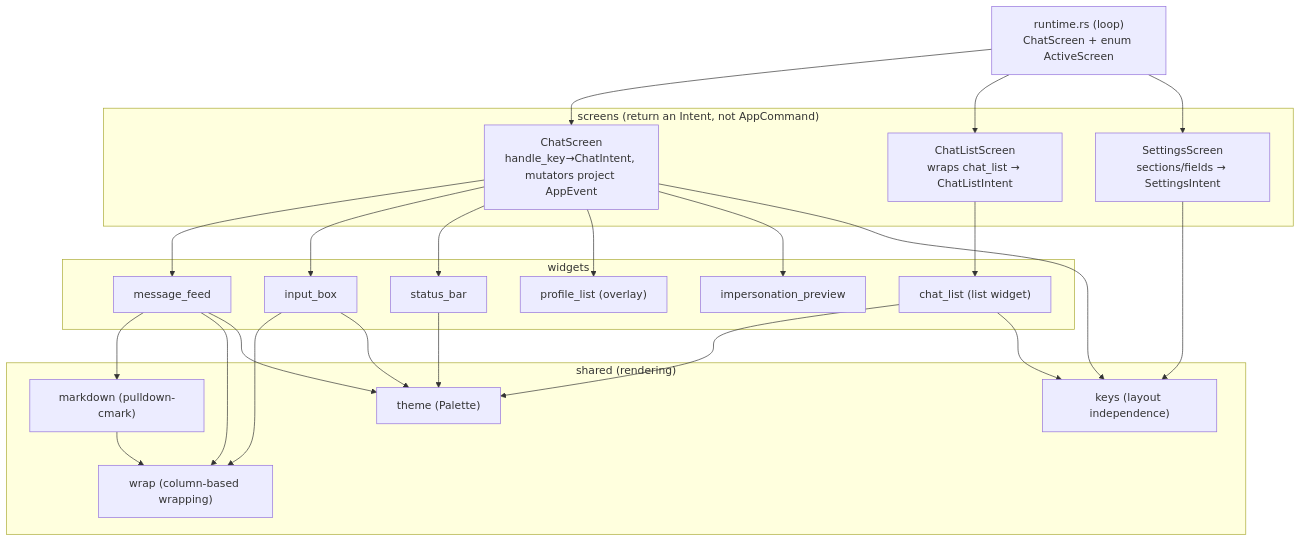
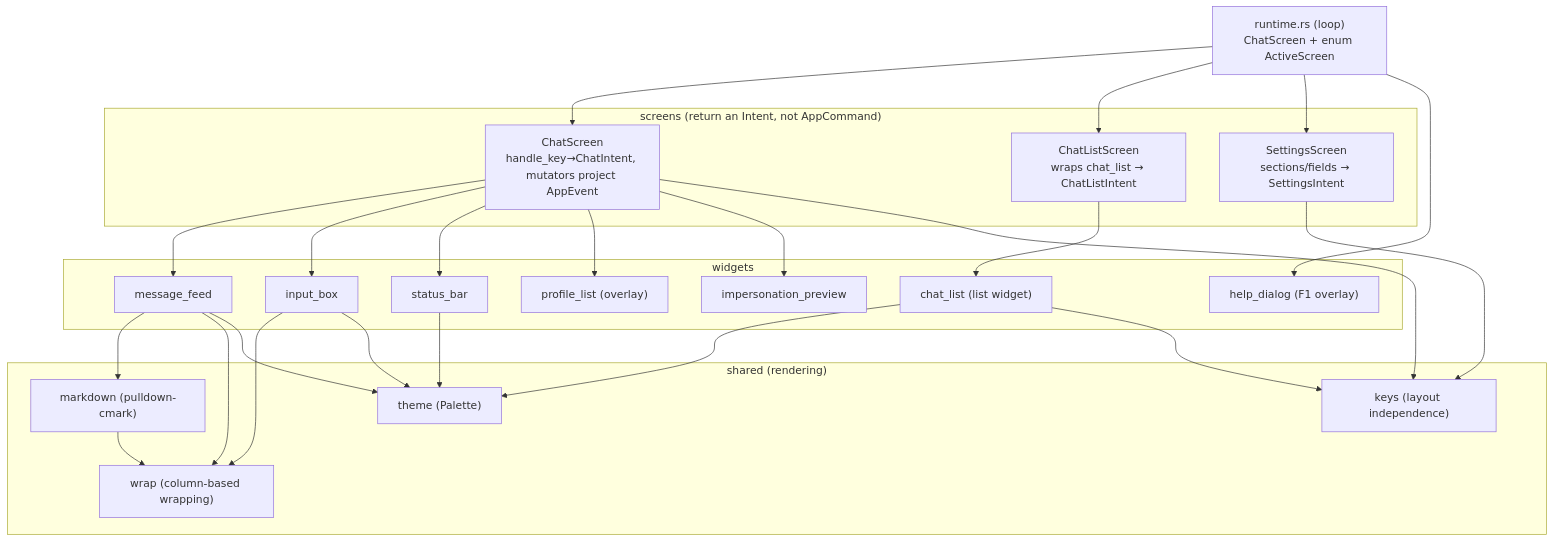
Diagram 16 of 17 in docs/architecture.md (vshylov/mindfork-rs), drawn with Mermaid before and after one commit. The commit also changed other lines of this file and 7 other files, not shown here.

First line of the commit message:
docs: help hotkeys stage 2 - spec, architecture, journal, changelog

````diff
--- a/docs/architecture.md
+++ b/docs/architecture.md
@@ -2512,34 +2536,36 @@
 ```mermaid
 flowchart TB
     RT["runtime.rs (loop)<br/>ChatScreen + enum ActiveScreen"]
     subgraph SC["screens (return an Intent, not AppCommand)"]
         CHAT["ChatScreen<br/>handle_key→ChatIntent, mutators project AppEvent"]
         CLS["ChatListScreen<br/>wraps chat_list → ChatListIntent"]
         SET["SettingsScreen<br/>sections/fields → SettingsIntent"]
     end
     subgraph WG["widgets"]
         FEED["message_feed"]
         INP["input_box"]
         CL["chat_list (list widget)"]
         SB["status_bar"]
         PL["profile_list (overlay)"]
         IP["impersonation_preview"]
+        HELP["help_dialog (F1 overlay)"]
     end
     subgraph SH["shared (rendering)"]
         MD["markdown (pulldown-cmark)"]
         WR["wrap (column-based wrapping)"]
         TH["theme (Palette)"]
         KEY["keys (layout independence)"]
     end
 
     RT --> CHAT
     RT --> CLS
     RT --> SET
+    RT --> HELP
     CHAT --> FEED & INP & SB & PL & IP
     CLS --> CL
     FEED --> MD --> WR
     FEED --> WR
     INP --> WR
     FEED & SB & INP & CL --> TH
     CHAT & SET & CL --> KEY
 ```
````
